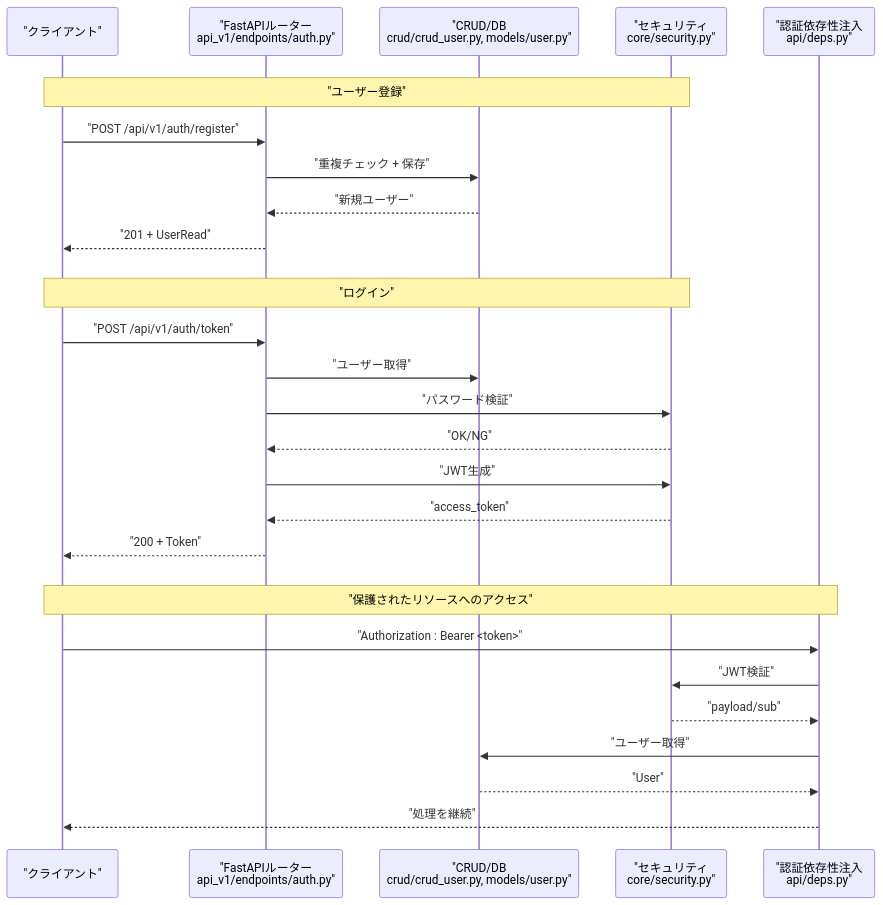
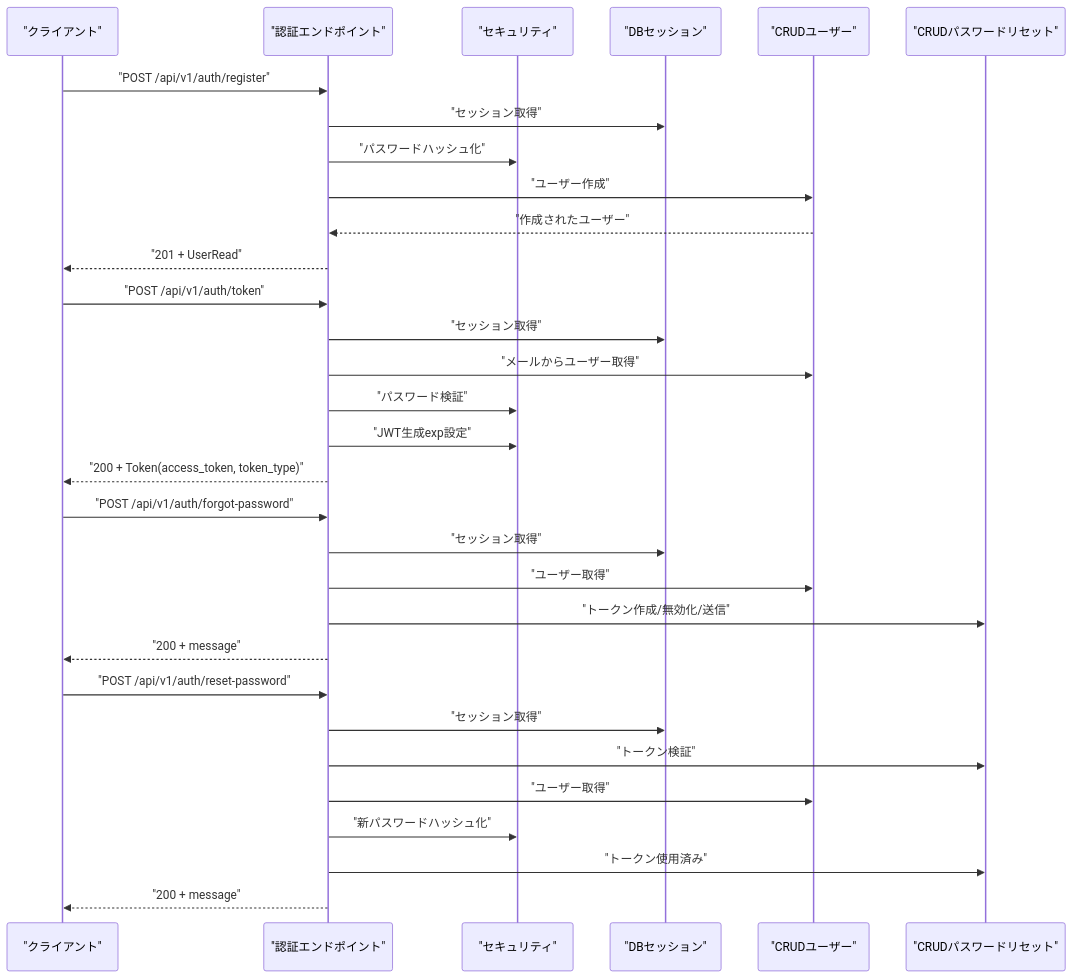
One commit to ss8806/Todos changed the second of 6 diagrams in .qoder/repowiki/ja/content/認証システム/認証システム.md. Above: the diagram before and after it, drawn with Mermaid. The commit also changed other lines of this file and 106 other files, not shown here.

````diff
--- a/.qoder/repowiki/ja/content/認証システム/認証システム.md
+++ b/.qoder/repowiki/ja/content/認証システム/認証システム.md
@@ -126,34 +118,33 @@
 ```mermaid
 sequenceDiagram
 participant Client as "クライアント"
-participant API as "FastAPIルーター<br/>api_v1/endpoints/auth.py"
-participant DB as "CRUD/DB<br/>crud/crud_user.py, models/user.py"
-participant SEC as "セキュリティ<br/>core/security.py"
-participant DEP as "認証依存性注入<br/>api/deps.py"
-rect rgb(255,255,255)
-note over Client,SEC : "ユーザー登録"
-Client->>API : "POST /api/v1/auth/register"
-API->>DB : "重複チェック + 保存"
-DB-->>API : "新規ユーザー"
-API-->>Client : "201 + UserRead"
-end
-rect rgb(255,255,255)
-note over Client,SEC : "ログイン"
-Client->>API : "POST /api/v1/auth/token"
-API->>DB : "ユーザー取得"
-API->>SEC : "パスワード検証"
-SEC-->>API : "OK/NG"
-API->>SEC : "JWT生成"
-SEC-->>API : "access_token"
-API-->>Client : "200 + Token"
-end
-rect rgb(255,255,255)
-note over Client,DEP : "保護されたリソースへのアクセス"
-Client->>DEP : "Authorization : Bearer <token>"
-DEP->>SEC : "JWT検証"
-SEC-->>DEP : "payload/sub"
-DEP->>DB : "ユーザー取得"
-DB-->>DEP : "User"
-DEP-->>Client : "処理を継続"
-end
+participant AuthEP as "認証エンドポイント"
+participant Security as "セキュリティ"
+participant DB as "DBセッション"
+participant CRUDU as "CRUDユーザー"
+participant CRUDR as "CRUDパスワードリセット"
+Client->>AuthEP : "POST /api/v1/auth/register"
+AuthEP->>DB : "セッション取得"
+AuthEP->>Security : "パスワードハッシュ化"
+AuthEP->>CRUDU : "ユーザー作成"
+CRUDU-->>AuthEP : "作成されたユーザー"
+AuthEP-->>Client : "201 + UserRead"
+Client->>AuthEP : "POST /api/v1/auth/token"
+AuthEP->>DB : "セッション取得"
+AuthEP->>CRUDU : "メールからユーザー取得"
+AuthEP->>Security : "パスワード検証"
+AuthEP->>Security : "JWT生成exp設定"
+AuthEP-->>Client : "200 + Token(access_token, token_type)"
+Client->>AuthEP : "POST /api/v1/auth/forgot-password"
+AuthEP->>DB : "セッション取得"
+AuthEP->>CRUDU : "ユーザー取得"
+AuthEP->>CRUDR : "トークン作成/無効化/送信"
+AuthEP-->>Client : "200 + message"
+Client->>AuthEP : "POST /api/v1/auth/reset-password"
+AuthEP->>DB : "セッション取得"
+AuthEP->>CRUDR : "トークン検証"
+AuthEP->>CRUDU : "ユーザー取得"
+AuthEP->>Security : "新パスワードハッシュ化"
+AuthEP->>CRUDR : "トークン使用済み"
+AuthEP-->>Client : "200 + message"
 ```
````
